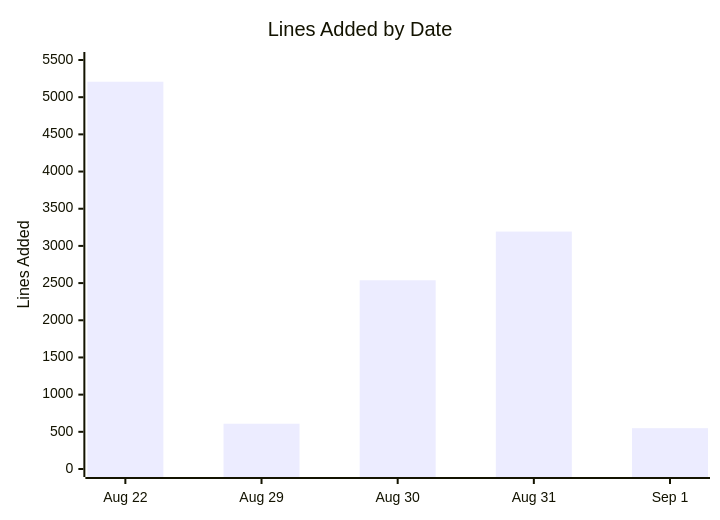
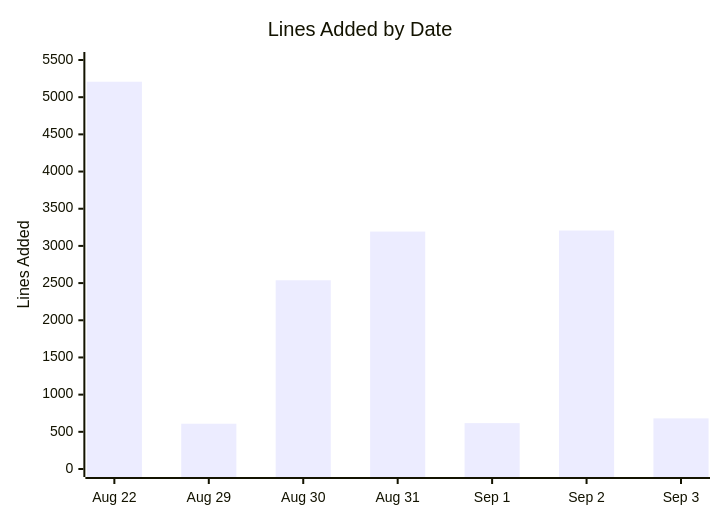
Before and after one commit to roger64s/CodeWithKris: the second of 2 diagrams in docs/PROJECT_SUMMARY.md, drawn with Mermaid. The commit also changed other lines of this file and 26 other files, not shown here.

````diff
--- a/docs/PROJECT_SUMMARY.md
+++ b/docs/PROJECT_SUMMARY.md
@@ -31,7 +31,7 @@
 ```mermaid
 xychart-beta
     title "Lines Added by Date"
-    x-axis ["Aug 22", "Aug 29", "Aug 30", "Aug 31", "Sep 1"]
+    x-axis ["Aug 22", "Aug 29", "Aug 30", "Aug 31", "Sep 1", "Sep 2", "Sep 3"]
     y-axis "Lines Added" 0 --> 5500
-    bar [5208, 609, 2538, 3193, 549]
+    bar [5208, 609, 2538, 3193, 617, 3207, 681]
 ```
````
